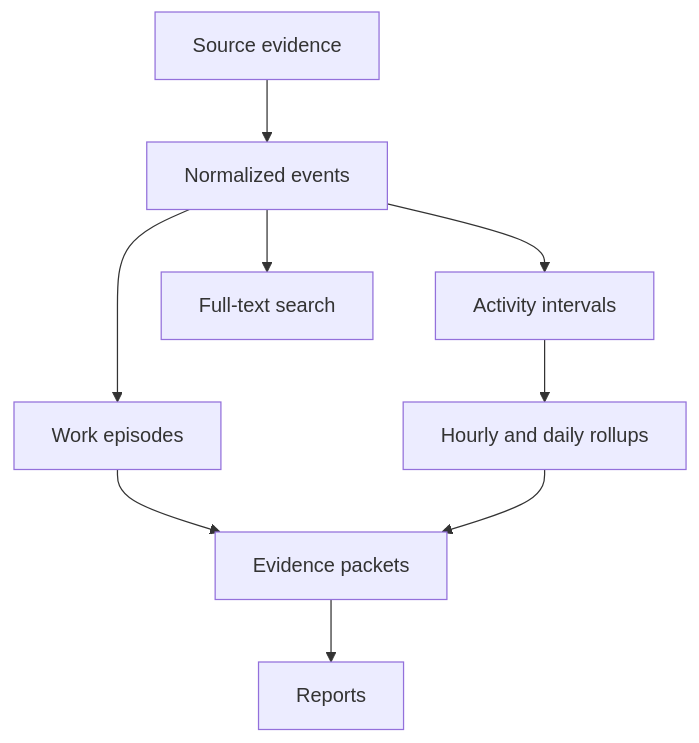
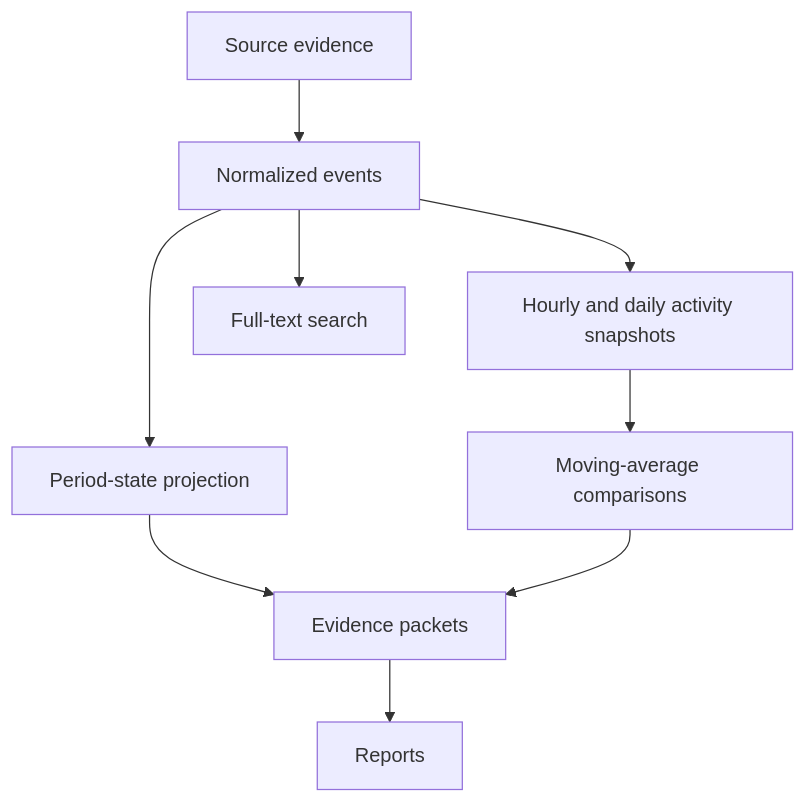
The diagram in docs/V1.md (vucinatim/trackify), drawn with Mermaid before and after one commit. The commit also changed other lines of this file and 106 other files, not shown here.

````diff
--- a/docs/V1.md
+++ b/docs/V1.md
@@ -268,11 +244,11 @@
 ```mermaid
 flowchart TD
     A["Source evidence"] --> B["Normalized events"]
-    B --> C["Activity intervals"]
-    B --> D["Work episodes"]
-    C --> E["Hourly and daily rollups"]
+    B --> C["Hourly and daily activity snapshots"]
+    B --> D["Period-state projection"]
+    C --> E["Moving-average comparisons"]
     D --> F["Evidence packets"]
     E --> F
     F --> G["Reports"]
     B --> H["Full-text search"]
 ```
````
